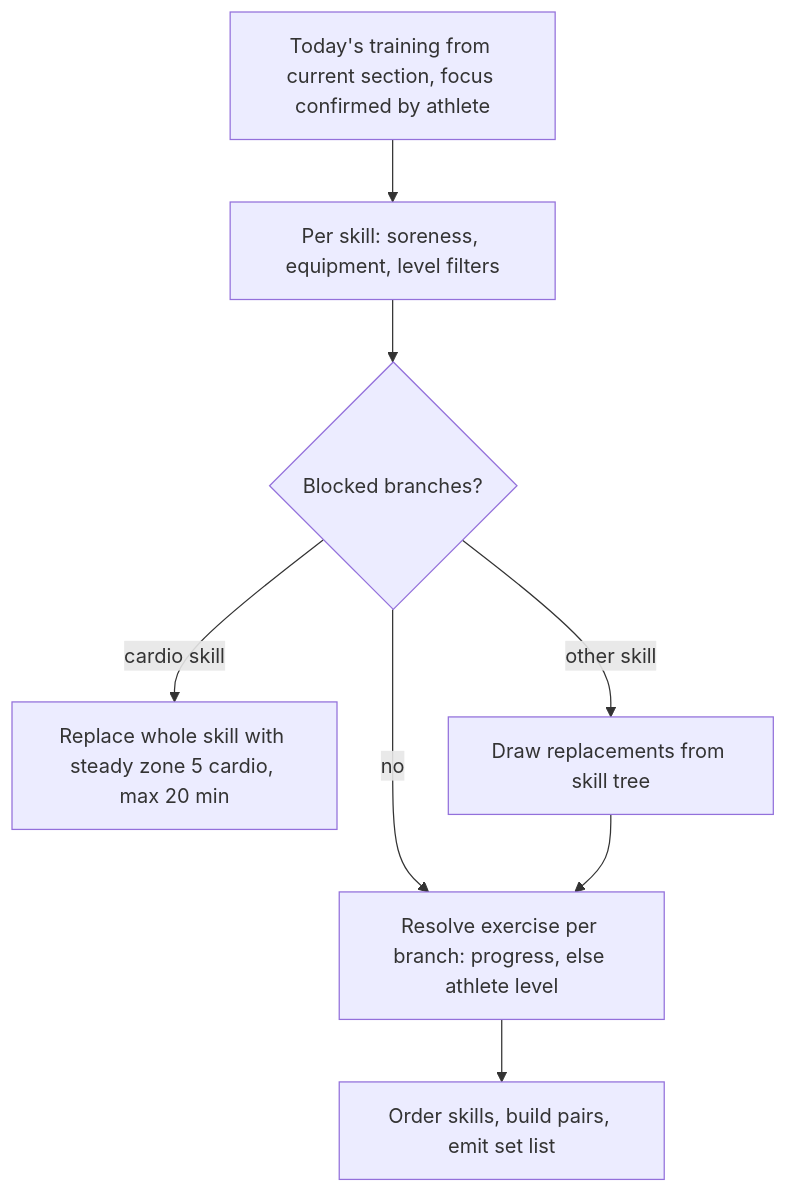
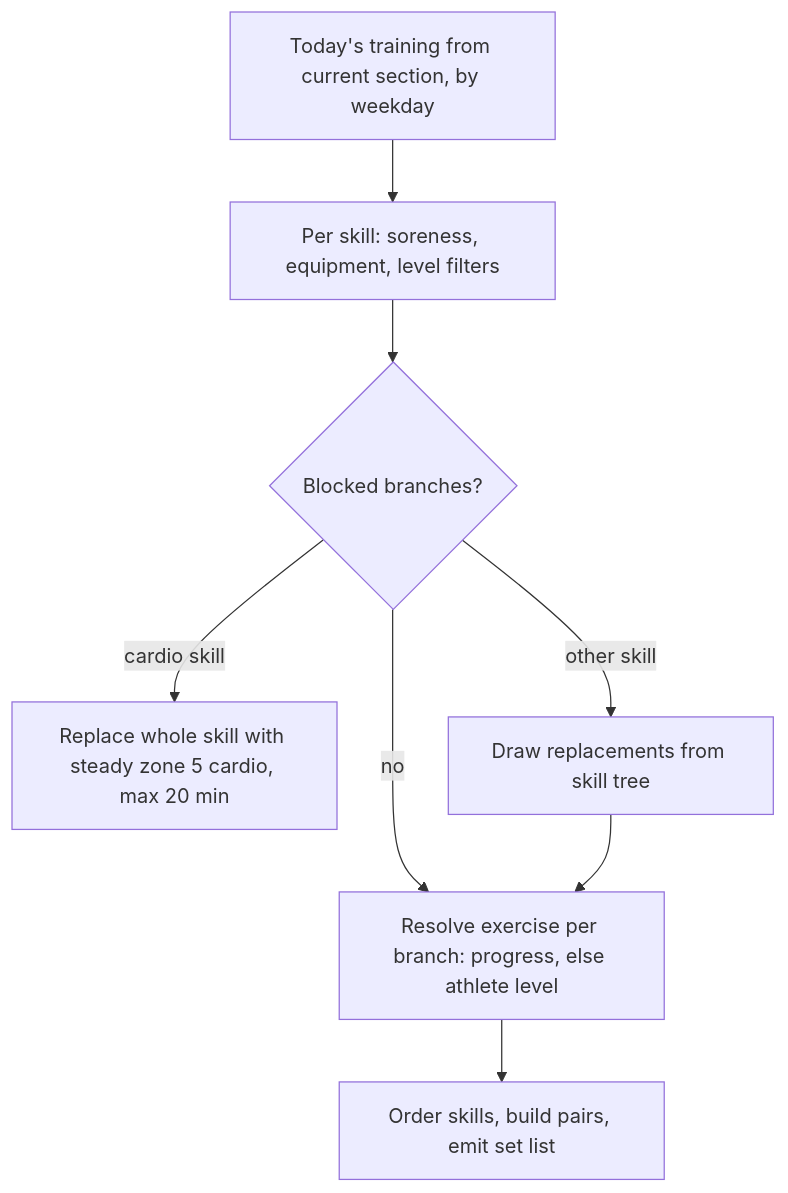
One commit to digital-athletic/sports-athletic changed the diagram in athlete-mobile/docs/specs/session/plan-workout-generation.md. Above: the diagram before and after it, drawn with Mermaid. The commit also changed other lines of this file and 17 other files, not shown here.

````diff
--- a/athlete-mobile/docs/specs/session/plan-workout-generation.md
+++ b/athlete-mobile/docs/specs/session/plan-workout-generation.md
@@ -61,10 +68,10 @@
 ```mermaid
 flowchart TD
-    A[Today's training from current section, focus confirmed by athlete] --> B[Per skill: soreness, equipment, level filters]
+    A[Today's training from current section, by weekday] --> B[Per skill: soreness, equipment, level filters]
     B --> C{Blocked branches?}
     C -- no --> F[Resolve exercise per branch: progress, else athlete level]
     C -- cardio skill --> D[Replace whole skill with steady zone 5 cardio, max 20 min]
     C -- other skill --> E[Draw replacements from skill tree]
     E --> F
     F --> G[Order skills, build pairs, emit set list]
 ```
````
